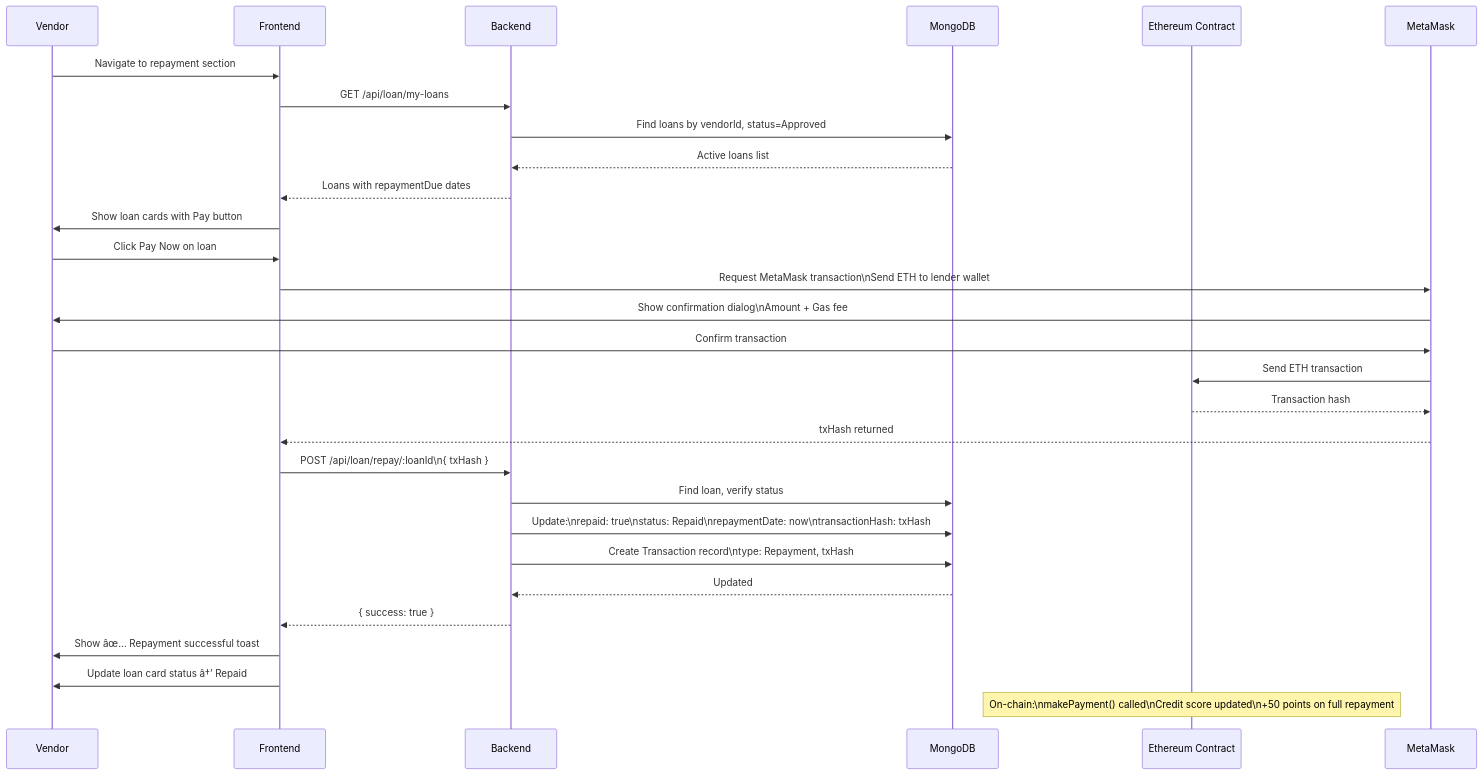
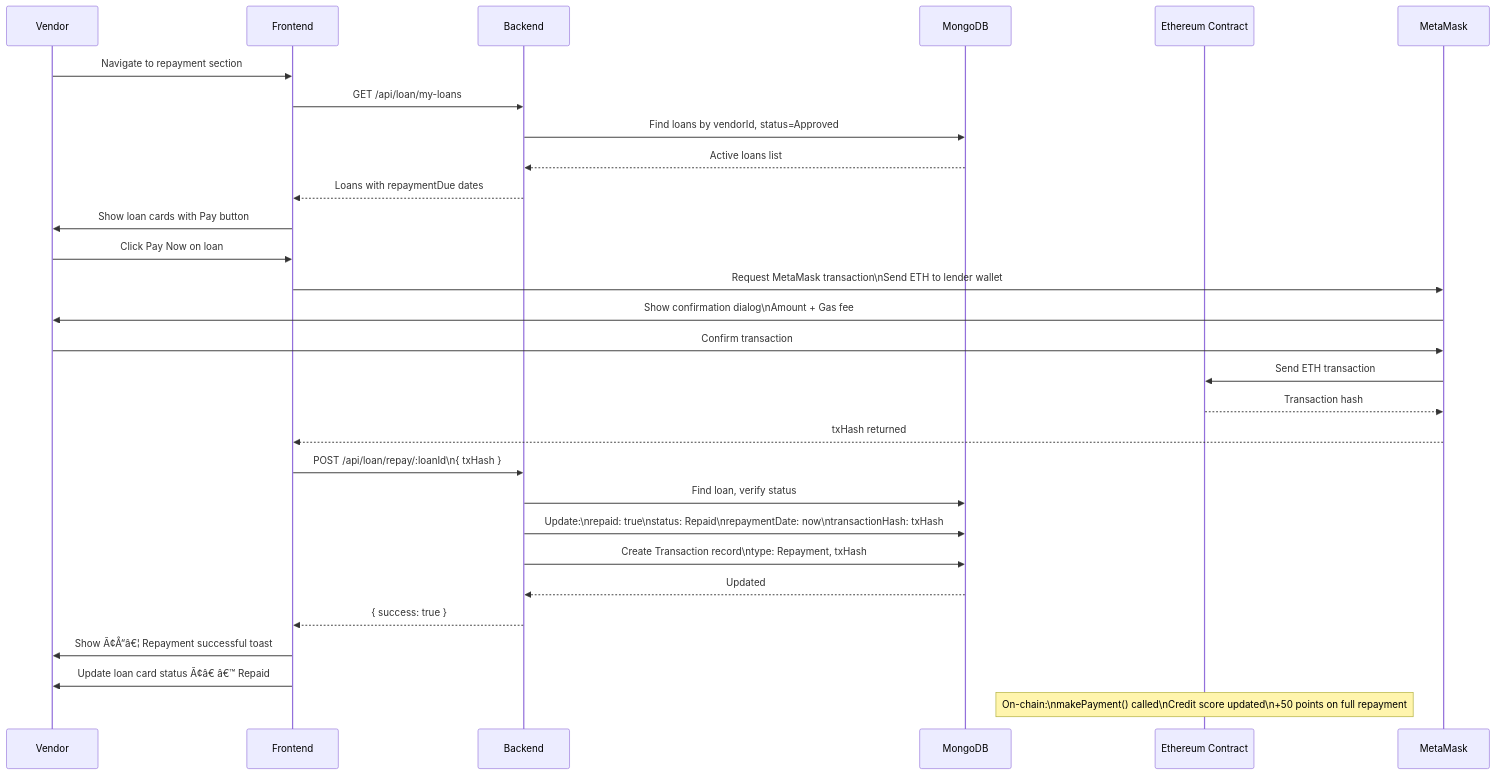
One commit to sivamaniganjerupalli/simplified-microloans changed the tenth of 21 diagrams in PROCESS_FLOWS.md. Above: the diagram before and after it, drawn with Mermaid. The commit also changed other lines of this file and 14 other files, not shown here.

````diff
--- a/PROCESS_FLOWS.md
+++ b/PROCESS_FLOWS.md
@@ -357,35 +357,35 @@
 ```mermaid
 sequenceDiagram
     participant V as Vendor
     participant FE as Frontend
     participant BE as Backend
     participant DB as MongoDB
     participant BC as Ethereum Contract
     participant MM as MetaMask
 
     V->>FE: Navigate to repayment section
     FE->>BE: GET /api/loan/my-loans
     BE->>DB: Find loans by vendorId, status=Approved
     DB-->>BE: Active loans list
     BE-->>FE: Loans with repaymentDue dates
     FE->>V: Show loan cards with Pay button
 
     V->>FE: Click Pay Now on loan
     FE->>MM: Request MetaMask transaction\nSend ETH to lender wallet
     MM->>V: Show confirmation dialog\nAmount + Gas fee
     V->>MM: Confirm transaction
     MM->>BC: Send ETH transaction
     BC-->>MM: Transaction hash
     MM-->>FE: txHash returned
 
     FE->>BE: POST /api/loan/repay/:loanId\n{ txHash }
     BE->>DB: Find loan, verify status
     BE->>DB: Update:\nrepaid: true\nstatus: Repaid\nrepaymentDate: now\ntransactionHash: txHash
     BE->>DB: Create Transaction record\ntype: Repayment, txHash
     DB-->>BE: Updated
     BE-->>FE: { success: true }
-    FE->>V: Show âœ… Repayment successful toast
-    FE->>V: Update loan card status â†’ Repaid
+    FE->>V: Show Ã¢Å“â€¦ Repayment successful toast
+    FE->>V: Update loan card status Ã¢â€ â€™ Repaid
 
     Note over BC: On-chain:\nmakePayment() called\nCredit score updated\n+50 points on full repayment
 ```
````
